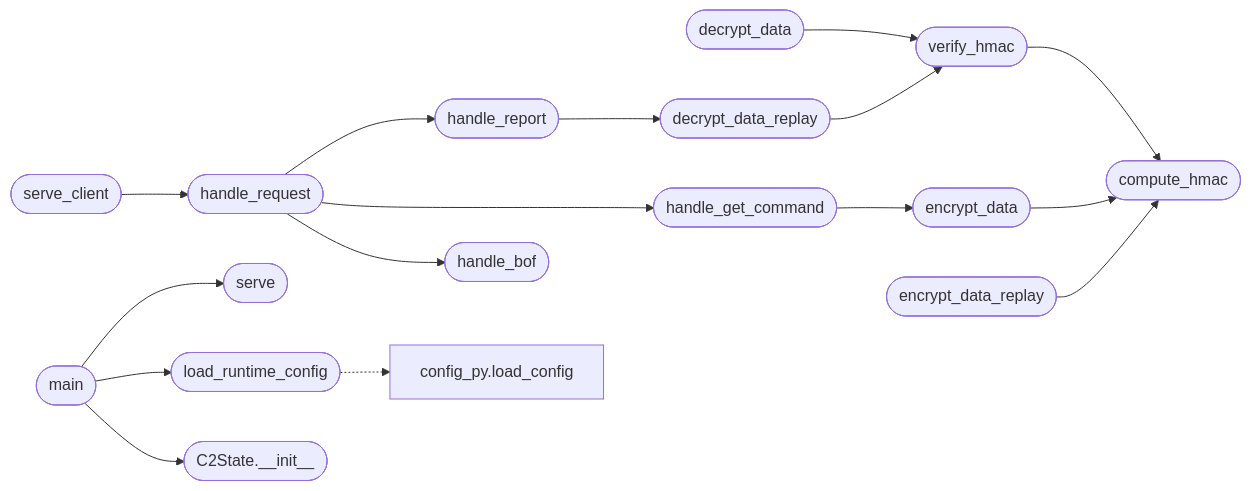
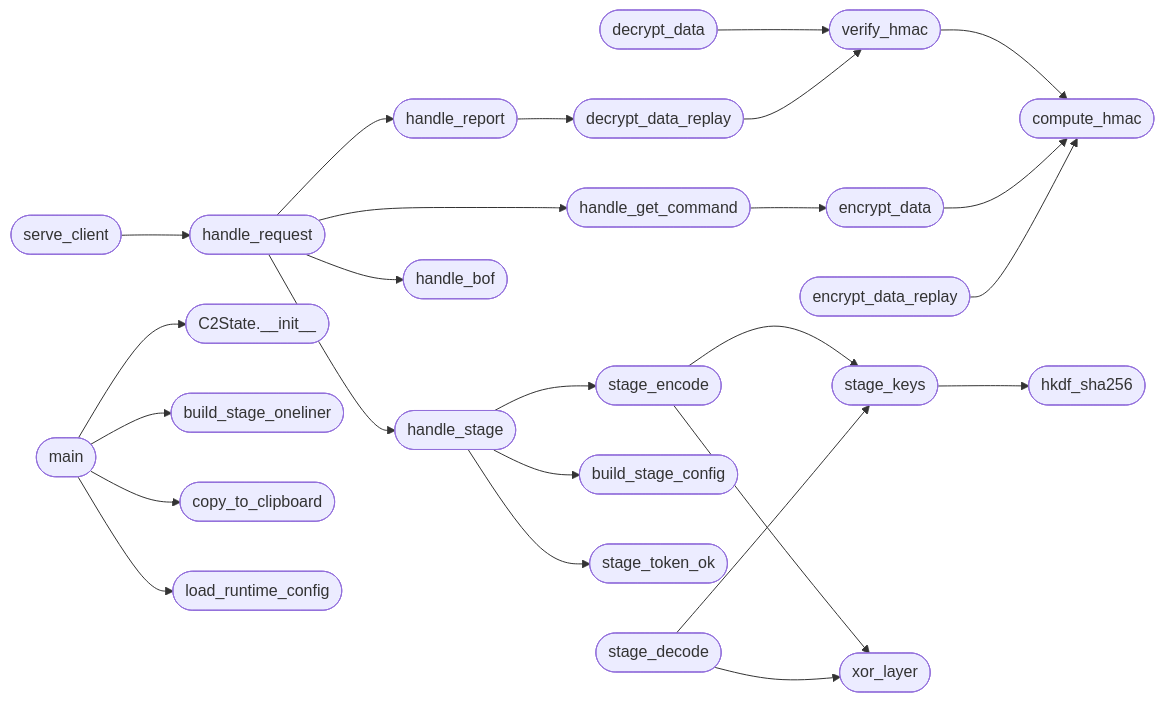
One commit to grisuno/blacksandbeacon changed the diagram in readmenator-apidocs/modules/c2.server.py.md. Above: the diagram before and after it, drawn with Mermaid. The commit also changed other lines of this file and 119 other files, not shown here.

````diff
--- a/readmenator-apidocs/modules/c2.server.py.md
+++ b/readmenator-apidocs/modules/c2.server.py.md
@@ -30,34 +30,51 @@
 ```mermaid
 flowchart LR
     n_c2_server_py__verify_hmac(["verify_hmac"])
     n_c2_server_py__compute_hmac(["compute_hmac"])
     n_c2_server_py__encrypt_data(["encrypt_data"])
     n_c2_server_py__encrypt_data_replay(["encrypt_data_replay"])
     n_c2_server_py__decrypt_data(["decrypt_data"])
     n_c2_server_py__decrypt_data_replay(["decrypt_data_replay"])
+    n_c2_server_py__stage_keys(["stage_keys"])
+    n_c2_server_py__hkdf_sha256(["hkdf_sha256"])
+    n_c2_server_py__stage_encode(["stage_encode"])
+    n_c2_server_py__xor_layer(["xor_layer"])
+    n_c2_server_py__stage_decode(["stage_decode"])
+    n_c2_server_py__handle_stage(["handle_stage"])
+    n_c2_server_py__build_stage_config(["build_stage_config"])
+    n_c2_server_py__stage_token_ok(["stage_token_ok"])
     n_c2_server_py__handle_get_command(["handle_get_command"])
     n_c2_server_py__handle_report(["handle_report"])
     n_c2_server_py__handle_request(["handle_request"])
     n_c2_server_py__handle_bof(["handle_bof"])
     n_c2_server_py__serve_client(["serve_client"])
     n_c2_server_py__main(["main"])
     n_c2_server_py__C2State___init__(["C2State.__init__"])
+    n_c2_server_py__build_stage_oneliner(["build_stage_oneliner"])
+    n_c2_server_py__copy_to_clipboard(["copy_to_clipboard"])
     n_c2_server_py__load_runtime_config(["load_runtime_config"])
-    n_c2_server_py__serve(["serve"])
-    n_include_config_py_py__load_config["config_py.load_config"]
     n_c2_server_py__verify_hmac --> n_c2_server_py__compute_hmac
     n_c2_server_py__encrypt_data --> n_c2_server_py__compute_hmac
     n_c2_server_py__encrypt_data_replay --> n_c2_server_py__compute_hmac
     n_c2_server_py__decrypt_data --> n_c2_server_py__verify_hmac
     n_c2_server_py__decrypt_data_replay --> n_c2_server_py__verify_hmac
+    n_c2_server_py__stage_keys --> n_c2_server_py__hkdf_sha256
+    n_c2_server_py__stage_encode --> n_c2_server_py__stage_keys
+    n_c2_server_py__stage_encode --> n_c2_server_py__xor_layer
+    n_c2_server_py__stage_decode --> n_c2_server_py__stage_keys
+    n_c2_server_py__stage_decode --> n_c2_server_py__xor_layer
+    n_c2_server_py__handle_stage --> n_c2_server_py__build_stage_config
+    n_c2_server_py__handle_stage --> n_c2_server_py__stage_encode
+    n_c2_server_py__handle_stage --> n_c2_server_py__stage_token_ok
     n_c2_server_py__handle_get_command --> n_c2_server_py__encrypt_data
     n_c2_server_py__handle_report --> n_c2_server_py__decrypt_data_replay
     n_c2_server_py__handle_request --> n_c2_server_py__handle_bof
     n_c2_server_py__handle_request --> n_c2_server_py__handle_get_command
     n_c2_server_py__handle_request --> n_c2_server_py__handle_report
+    n_c2_server_py__handle_request --> n_c2_server_py__handle_stage
     n_c2_server_py__serve_client --> n_c2_server_py__handle_request
     n_c2_server_py__main --> n_c2_server_py__C2State___init__
+    n_c2_server_py__main --> n_c2_server_py__build_stage_oneliner
+    n_c2_server_py__main --> n_c2_server_py__copy_to_clipboard
     n_c2_server_py__main --> n_c2_server_py__load_runtime_config
-    n_c2_server_py__main --> n_c2_server_py__serve
-    n_c2_server_py__load_runtime_config -.-> n_include_config_py_py__load_config
 ```
````
